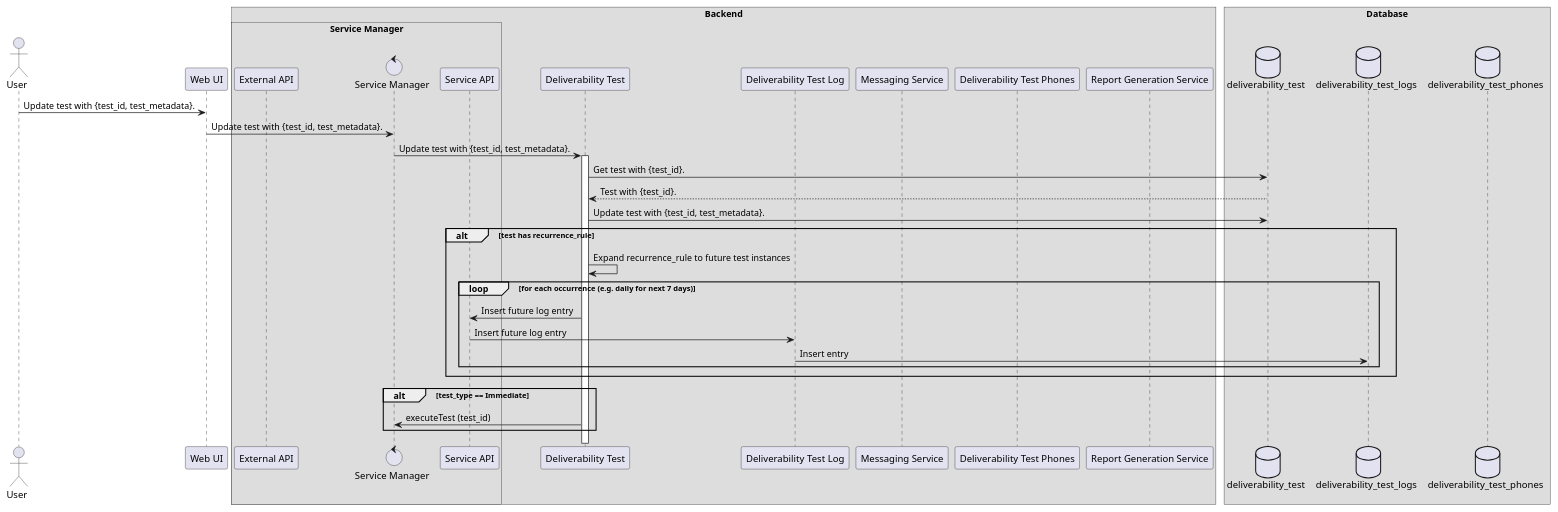
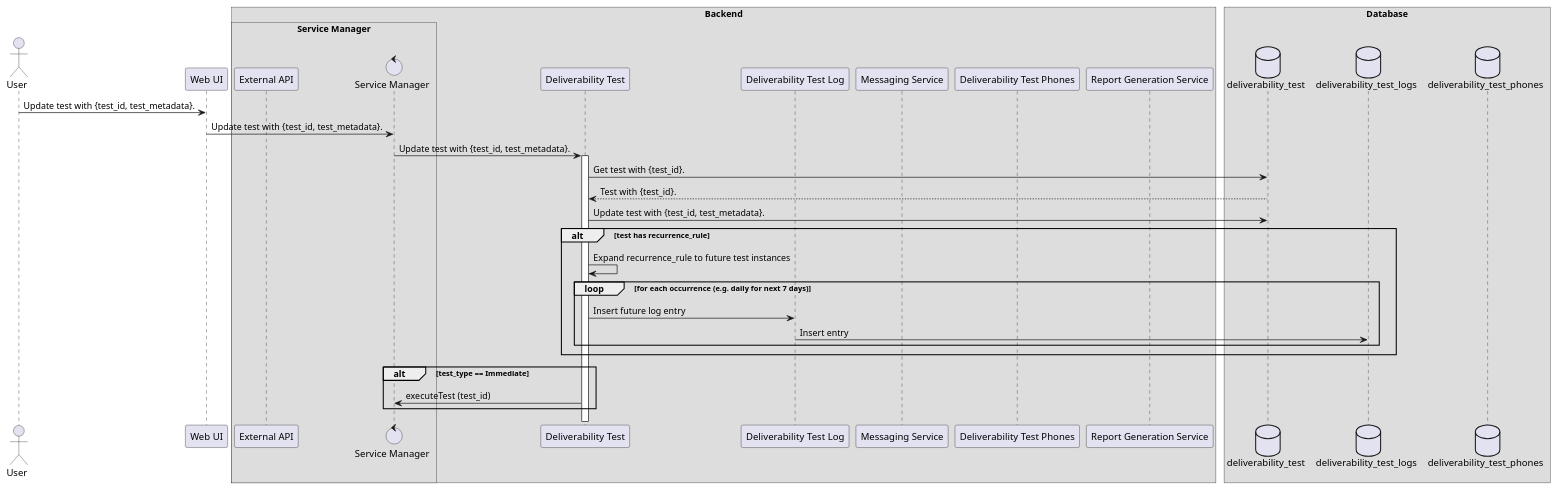
The diagram in source/sequence-diagrams/test-update-sequence-diagram.puml (Xyz0074/testing-diagrams), drawn with PlantUML before and after one commit.

```diff
--- a/source/sequence-diagrams/test-update-sequence-diagram.puml
+++ b/source/sequence-diagrams/test-update-sequence-diagram.puml
@@ -1,50 +1,48 @@
 @startuml
 !pragma teoz true
 /'Defines the protocol when a user updates a test. Three different implementations are shown, witht'/
 /'author: Luvai Cutlerywala <luvaidc@gmail.com>'/
 
 /'Define the actors and participants.'/
 actor User as user
     participant "Web UI" as web_ui
 
 box Backend
 box Service Manager
 participant "External API" as ext
 control "Service Manager" as service_manager
-participant "Service API" as api
 end box
     participant "Deliverability Test" as deliverability_test
     participant "Deliverability Test Log" as deliverability_test_log
     participant "Messaging Service" as messenger
     participant "Deliverability Test Phones" as deliverability_test_phones
     participant "Report Generation Service" as report_generator
 end box
 
 box Database
     database deliverability_test as dt
     database deliverability_test_logs as dtl
     database deliverability_test_phones as dtp
 end box
 
 user -> web_ui: Update test with {test_id, test_metadata}.
 web_ui -> service_manager: Update test with {test_id, test_metadata}.
 service_manager -> deliverability_test: Update test with {test_id, test_metadata}.
 activate deliverability_test
 deliverability_test -> dt: Get test with {test_id}.
 dt --> deliverability_test: Test with {test_id}.
 deliverability_test -> dt: Update test with {test_id, test_metadata}.
 alt test has recurrence_rule
     deliverability_test -> deliverability_test: Expand recurrence_rule to future test instances
     loop for each occurrence (e.g. daily for next 7 days)
-        deliverability_test -> api: Insert future log entry
-        api -> deliverability_test_log: Insert future log entry
+        deliverability_test -> deliverability_test_log: Insert future log entry
         deliverability_test_log -> dtl: Insert entry
     end loop
 end
 
 alt test_type == Immediate
     deliverability_test -> service_manager : executeTest (test_id)
 end
 deactivate deliverability_test
 
 @enduml
```
